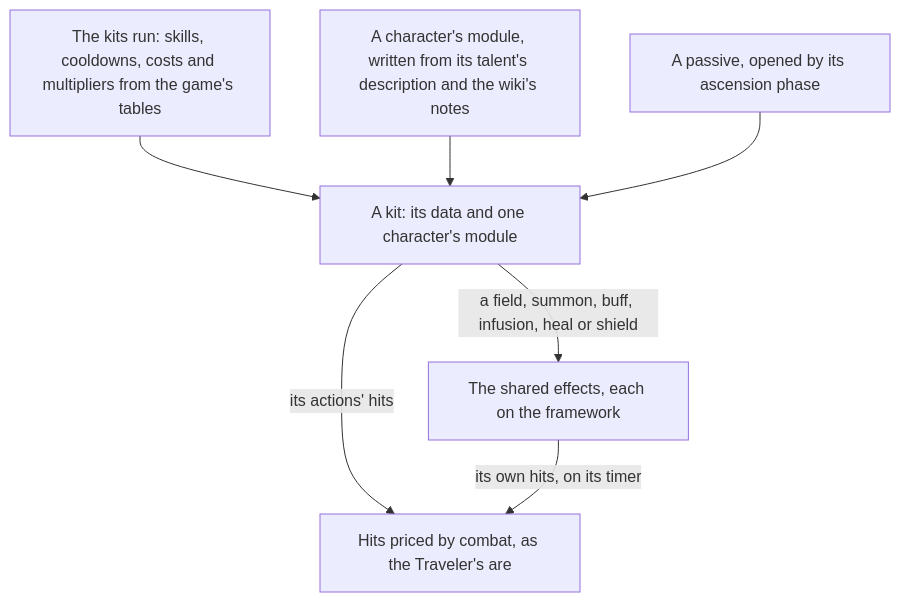
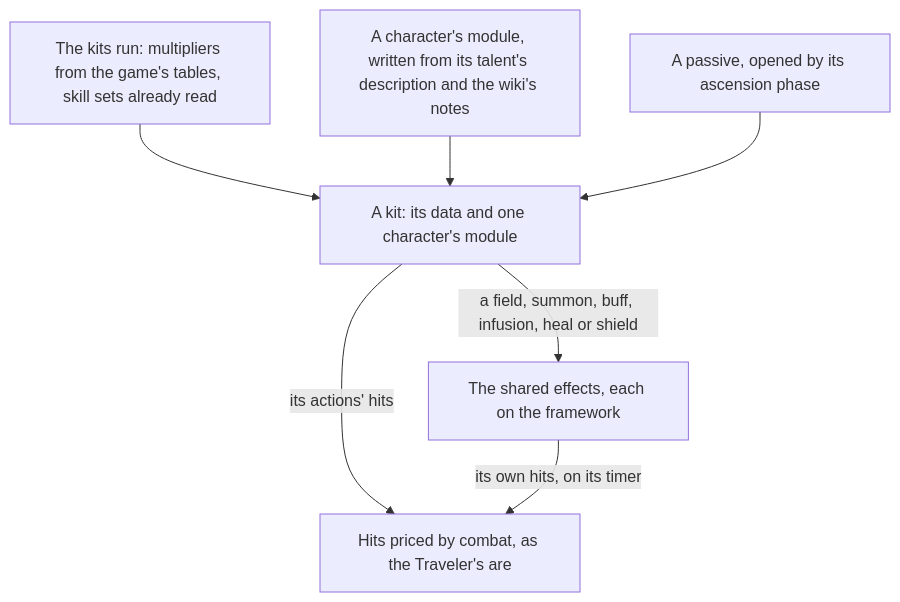
The diagram in apps/web/content/docs/proposals/genshin/character-kits.md (Esposter/Esposter), drawn with Mermaid before and after one commit. The commit also changed other lines of this file and 2 other files, not shown here.

First line of the commit message:
docs(genshin): character kits as built — each character's skill sets read from the tables, and the targeting an action turns by — and the proposal keeps only what is unbuilt

````diff
--- a/apps/web/content/docs/proposals/genshin/character-kits.md
+++ b/apps/web/content/docs/proposals/genshin/character-kits.md
@@ -23,9 +24,9 @@
 ```mermaid
 flowchart TD
-  TABLES["The kits run: skills, cooldowns, costs and multipliers from the game's tables"] --> KIT["A kit: its data and one character's module"]
+  TABLES["The kits run: multipliers from the game's tables, skill sets already read"] --> KIT["A kit: its data and one character's module"]
   MODULE["A character's module, written from its talent's description and the wiki's notes"] --> KIT
   KIT -->|"its actions' hits"| HITS["Hits priced by combat, as the Traveler's are"]
   KIT -->|"a field, summon, buff, infusion, heal or shield"| EFFECTS["The shared effects, each on the framework"]
   EFFECTS -->|"its own hits, on its timer"| HITS
   PASSIVE["A passive, opened by its ascension phase"] --> KIT
 ```
````
